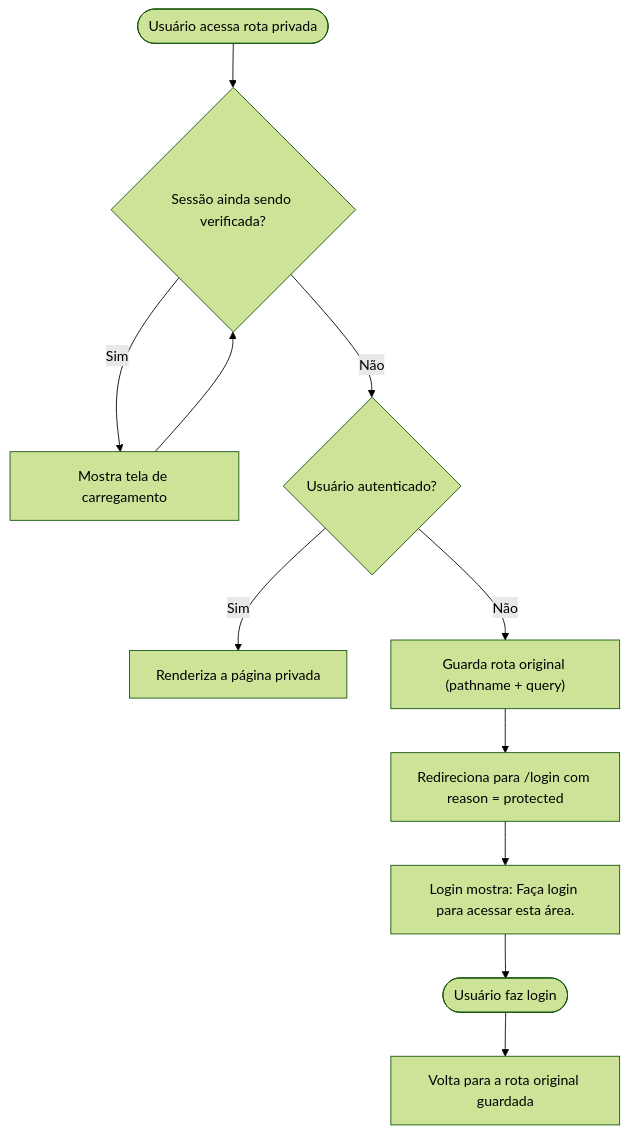
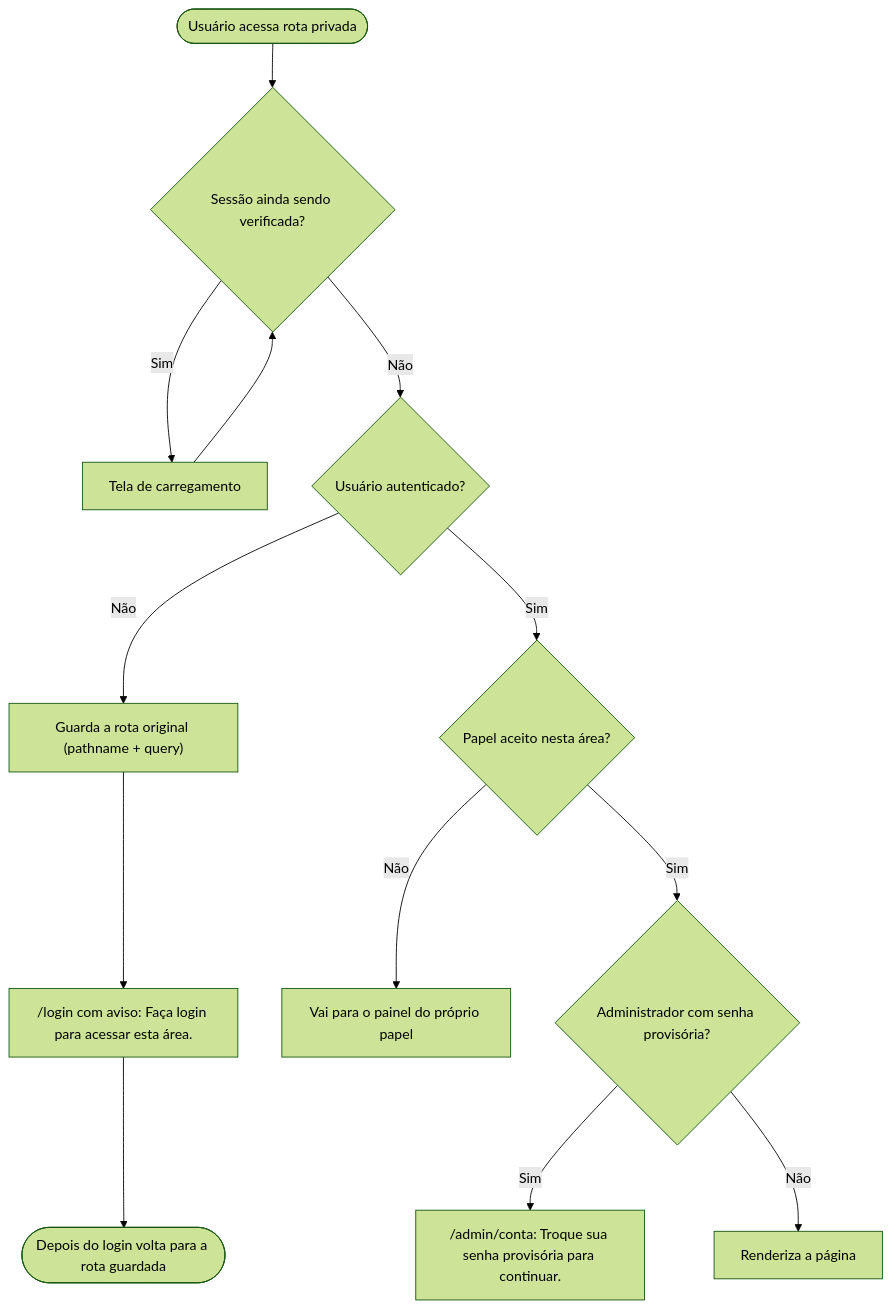
One commit to 16Jorgecamargo/agroserv changed the second of 10 diagrams in docs/flowcharts.md. Above: the diagram before and after it, drawn with Mermaid (forest theme). The commit also changed other lines of this file and 18 other files, not shown here.

First line of the commit message:
feat(F7-06): final documentation and regenerated flowcharts

````diff
--- a/docs/flowcharts.md
+++ b/docs/flowcharts.md
@@ -67,13 +118,15 @@
 ```mermaid
 flowchart TD
     start([Usuário acessa rota privada]) --> loading{Sessão ainda sendo verificada?}
-    loading -->|Sim| loader[Mostra tela de carregamento]
+    loading -->|Sim| loader[Tela de carregamento]
     loader --> loading
     loading -->|Não| auth{Usuário autenticado?}
-    auth -->|Sim| allow[Renderiza a página privada]
-    auth -->|Não| save["Guarda rota original (pathname + query)"]
-    save --> redirect["Redireciona para /login com reason = protected"]
-    redirect --> message["Login mostra: Faça login para acessar esta área."]
-    message --> doLogin([Usuário faz login])
-    doLogin --> back[Volta para a rota original guardada]
+    auth -->|Não| save["Guarda a rota original (pathname + query)"]
+    save --> redirect["/login com aviso: Faça login para acessar esta área."]
+    redirect --> back([Depois do login volta para a rota guardada])
+    auth -->|Sim| role{Papel aceito nesta área?}
+    role -->|Não| home["Vai para o painel do próprio papel"]
+    role -->|Sim| temp{Administrador com senha provisória?}
+    temp -->|Sim| account["/admin/conta: Troque sua senha provisória para continuar."]
+    temp -->|Não| allow[Renderiza a página]
 ```
````
